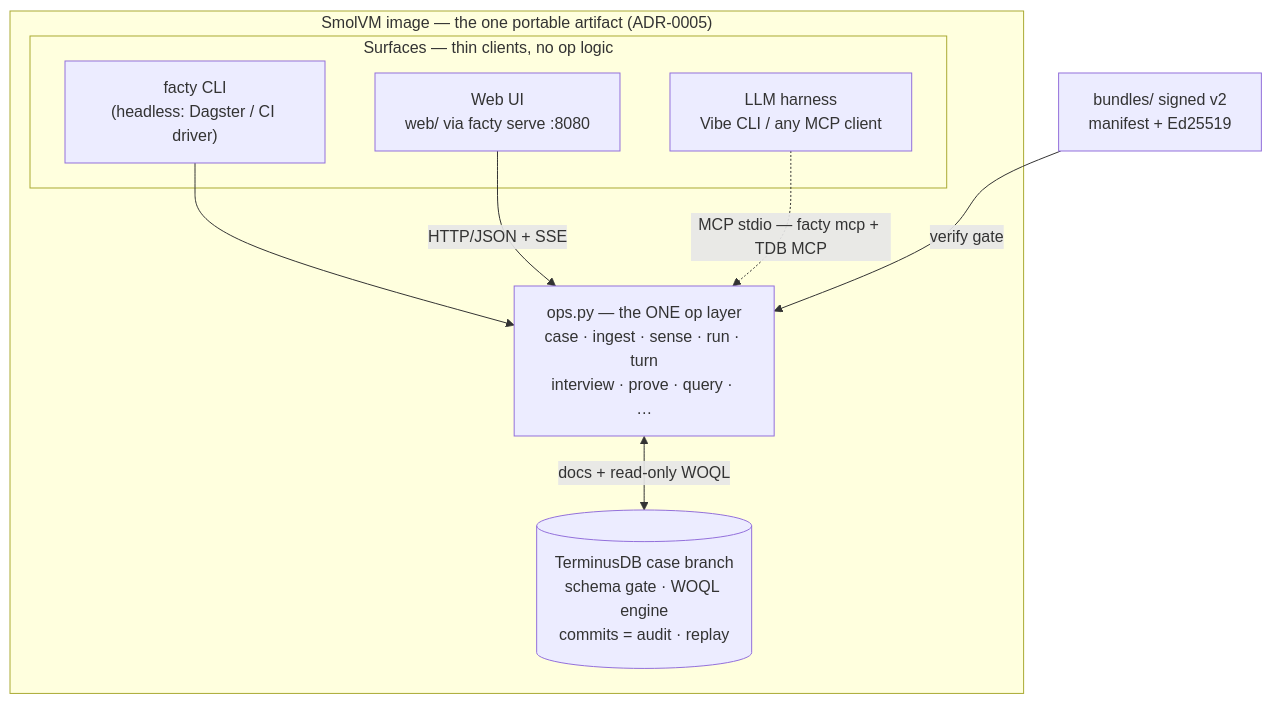
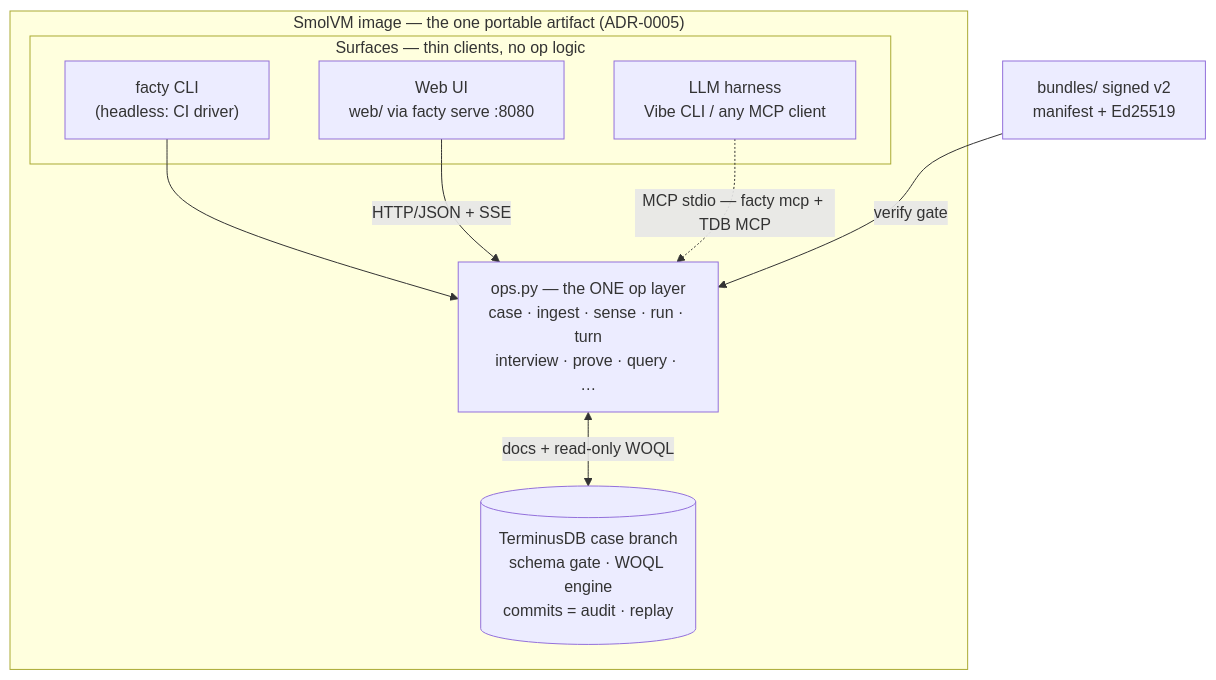
The second of 2 diagrams in README.md (facty-dev/facty), drawn with Mermaid before and after one commit. The commit also changed other lines of this file, not shown here.

````diff
--- a/README.md
+++ b/README.md
@@ -53,17 +48,17 @@
 ```mermaid
 flowchart TB
     subgraph VM["SmolVM image — the one portable artifact (ADR-0005)"]
       subgraph SURF["Surfaces — thin clients, no op logic"]
-        CLI["facty CLI<br/>(headless: Dagster / CI driver)"]
+        CLI["facty CLI<br/>(headless: CI driver)"]
         UI["Web UI<br/>web/ via facty serve :8080"]
         HARN["LLM harness<br/>Vibe CLI / any MCP client"]
       end
       OPS["ops.py — the ONE op layer<br/>case · ingest · sense · run · turn<br/>interview · prove · query · …"]
       TDB[("TerminusDB case branch<br/>schema gate · WOQL engine<br/>commits = audit · replay")]
     end
     CLI --> OPS
     UI -->|HTTP/JSON + SSE| OPS
     HARN -.->|MCP stdio — facty mcp + TDB MCP| OPS
     OPS <-->|docs + read-only WOQL| TDB
     B["bundles/ signed v2<br/>manifest + Ed25519"] -->|verify gate| OPS
 ```
````
